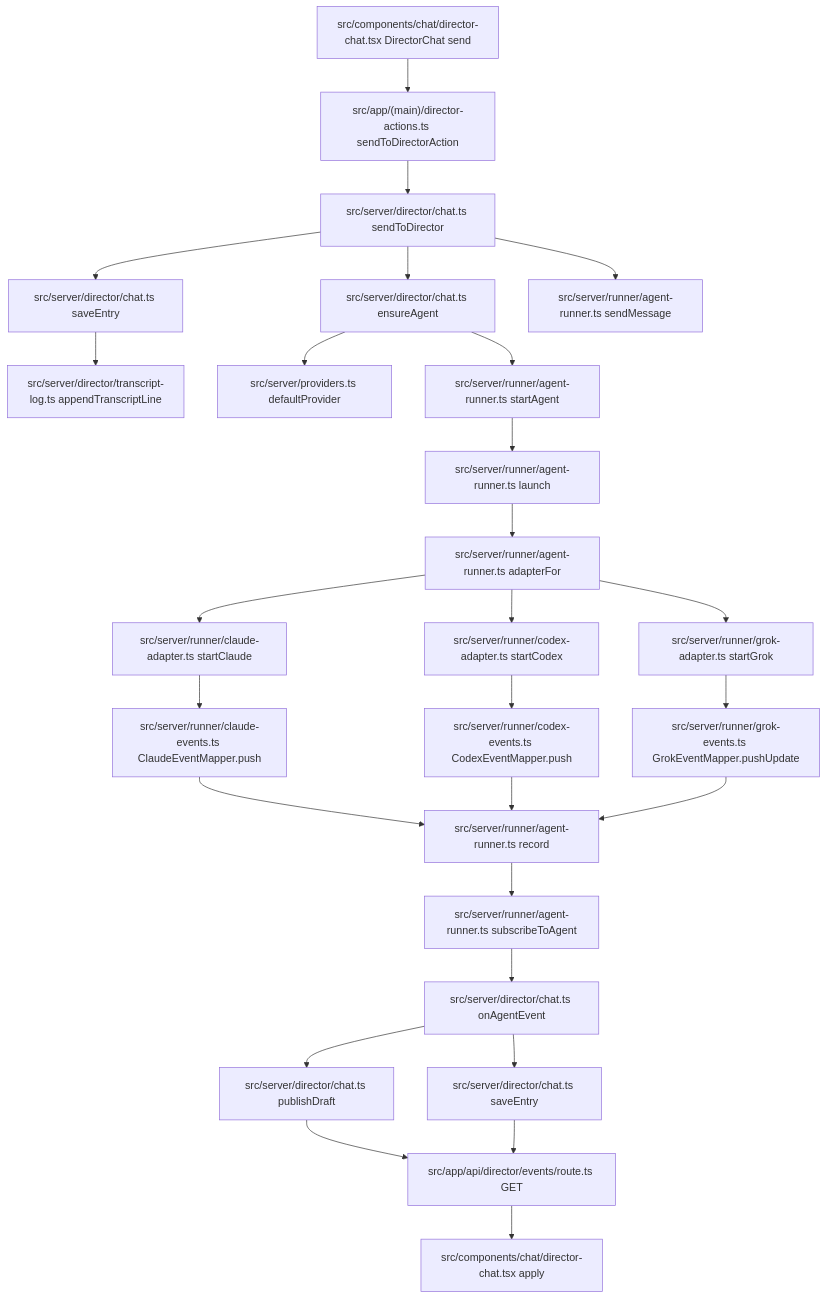
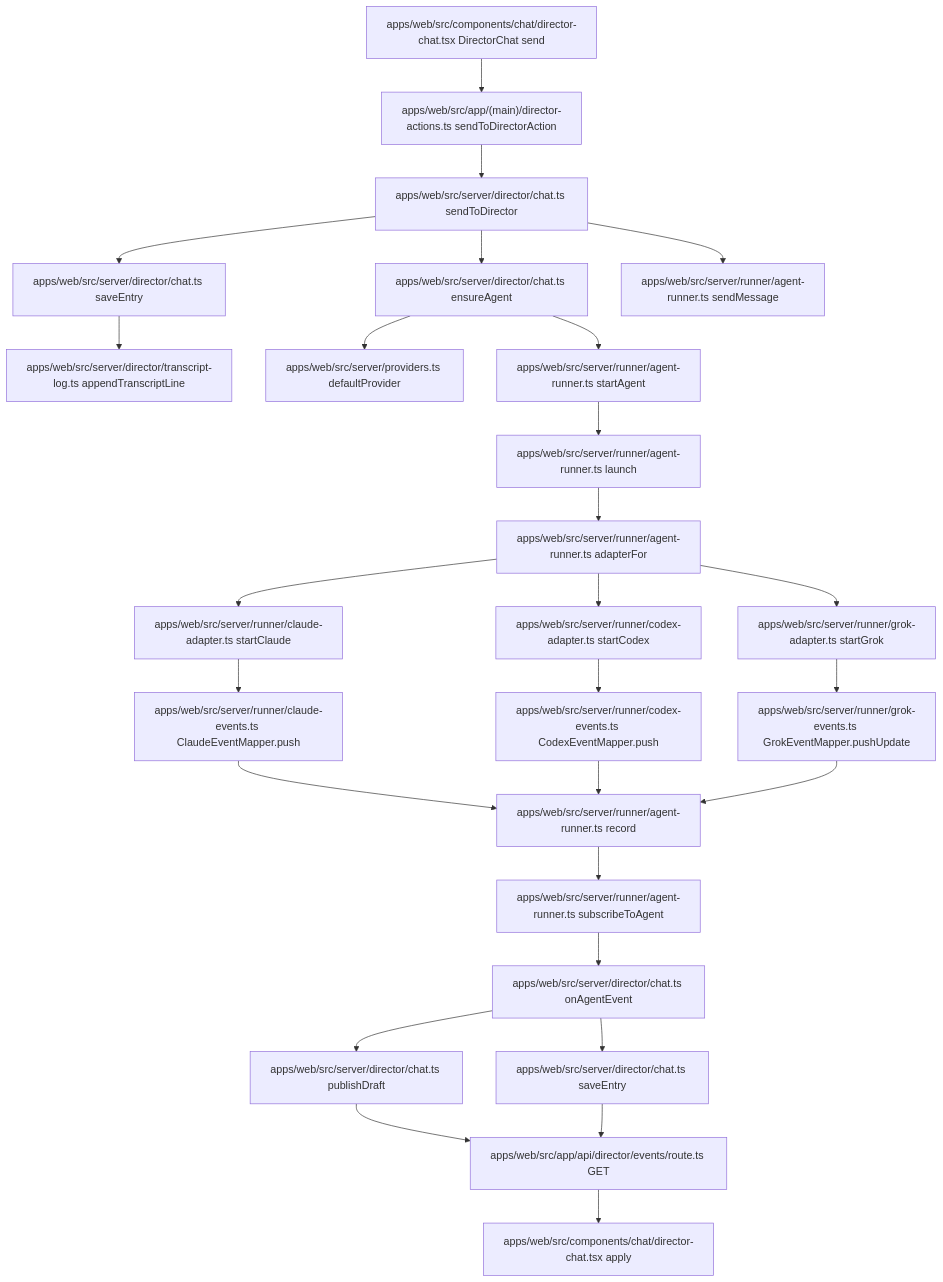
Before and after one commit to devjiwonchoi/busyboy: the fourth of 5 diagrams in DOMAIN.md, drawn with Mermaid. The commit also changed other lines of this file and 95 other files, not shown here.

````diff
--- a/DOMAIN.md
+++ b/DOMAIN.md
@@ -93,29 +93,29 @@
 ```mermaid
 flowchart TD
-  Composer["src/components/chat/director-chat.tsx DirectorChat send"] --> Action["src/app/(main)/director-actions.ts sendToDirectorAction"]
-  Action --> Send["src/server/director/chat.ts sendToDirector"]
-  Send --> SaveUser["src/server/director/chat.ts saveEntry"]
-  SaveUser --> Append["src/server/director/transcript-log.ts appendTranscriptLine"]
-  Send --> Ensure["src/server/director/chat.ts ensureAgent"]
-  Ensure --> Default["src/server/providers.ts defaultProvider"]
-  Ensure --> Start["src/server/runner/agent-runner.ts startAgent"]
-  Start --> Launch["src/server/runner/agent-runner.ts launch"]
-  Launch --> Pick["src/server/runner/agent-runner.ts adapterFor"]
-  Pick --> Claude["src/server/runner/claude-adapter.ts startClaude"]
-  Pick --> Codex["src/server/runner/codex-adapter.ts startCodex"]
-  Pick --> Grok["src/server/runner/grok-adapter.ts startGrok"]
-  Send --> Message["src/server/runner/agent-runner.ts sendMessage"]
-  Claude --> MapC["src/server/runner/claude-events.ts ClaudeEventMapper.push"]
-  Codex --> MapX["src/server/runner/codex-events.ts CodexEventMapper.push"]
-  Grok --> MapG["src/server/runner/grok-events.ts GrokEventMapper.pushUpdate"]
-  MapC --> Record["src/server/runner/agent-runner.ts record"]
+  Composer["apps/web/src/components/chat/director-chat.tsx DirectorChat send"] --> Action["apps/web/src/app/(main)/director-actions.ts sendToDirectorAction"]
+  Action --> Send["apps/web/src/server/director/chat.ts sendToDirector"]
+  Send --> SaveUser["apps/web/src/server/director/chat.ts saveEntry"]
+  SaveUser --> Append["apps/web/src/server/director/transcript-log.ts appendTranscriptLine"]
+  Send --> Ensure["apps/web/src/server/director/chat.ts ensureAgent"]
+  Ensure --> Default["apps/web/src/server/providers.ts defaultProvider"]
+  Ensure --> Start["apps/web/src/server/runner/agent-runner.ts startAgent"]
+  Start --> Launch["apps/web/src/server/runner/agent-runner.ts launch"]
+  Launch --> Pick["apps/web/src/server/runner/agent-runner.ts adapterFor"]
+  Pick --> Claude["apps/web/src/server/runner/claude-adapter.ts startClaude"]
+  Pick --> Codex["apps/web/src/server/runner/codex-adapter.ts startCodex"]
+  Pick --> Grok["apps/web/src/server/runner/grok-adapter.ts startGrok"]
+  Send --> Message["apps/web/src/server/runner/agent-runner.ts sendMessage"]
+  Claude --> MapC["apps/web/src/server/runner/claude-events.ts ClaudeEventMapper.push"]
+  Codex --> MapX["apps/web/src/server/runner/codex-events.ts CodexEventMapper.push"]
+  Grok --> MapG["apps/web/src/server/runner/grok-events.ts GrokEventMapper.pushUpdate"]
+  MapC --> Record["apps/web/src/server/runner/agent-runner.ts record"]
   MapX --> Record
   MapG --> Record
-  Record --> Listen["src/server/runner/agent-runner.ts subscribeToAgent"]
-  Listen --> OnEvent["src/server/director/chat.ts onAgentEvent"]
-  OnEvent --> Draft["src/server/director/chat.ts publishDraft"]
-  OnEvent --> SaveReply["src/server/director/chat.ts saveEntry"]
-  Draft --> Sse["src/app/api/director/events/route.ts GET"]
+  Record --> Listen["apps/web/src/server/runner/agent-runner.ts subscribeToAgent"]
+  Listen --> OnEvent["apps/web/src/server/director/chat.ts onAgentEvent"]
+  OnEvent --> Draft["apps/web/src/server/director/chat.ts publishDraft"]
+  OnEvent --> SaveReply["apps/web/src/server/director/chat.ts saveEntry"]
+  Draft --> Sse["apps/web/src/app/api/director/events/route.ts GET"]
   SaveReply --> Sse
-  Sse --> Apply["src/components/chat/director-chat.tsx apply"]
+  Sse --> Apply["apps/web/src/components/chat/director-chat.tsx apply"]
 ```
````
